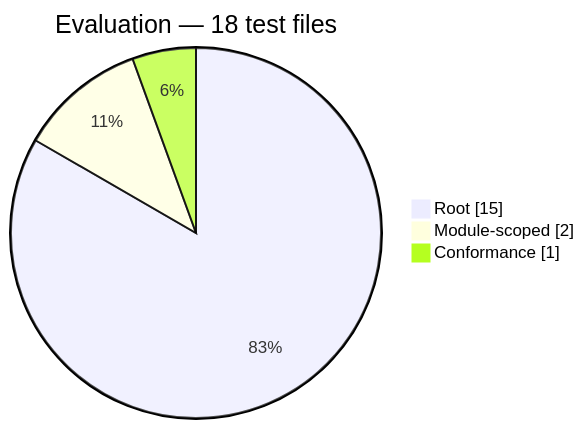
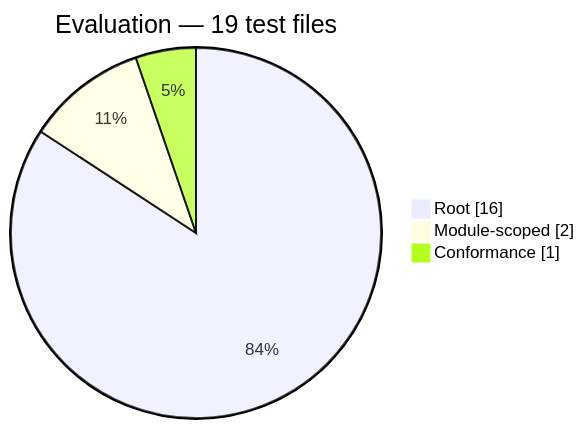
Before and after one commit to Mohammed-Alama/php-arazzo: the third of 12 diagrams in docs/generated/test-composition.md, drawn with Mermaid. The commit also changed other lines of this file and 5 other files, not shown here.

````diff
--- a/docs/generated/test-composition.md
+++ b/docs/generated/test-composition.md
@@ -44,7 +44,7 @@
 ```mermaid
 pie showData
-    title Evaluation — 18 test files
-    "Root": 15
+    title Evaluation — 19 test files
+    "Root": 16
     "Module-scoped": 2
     "Conformance": 1
 ```
````
